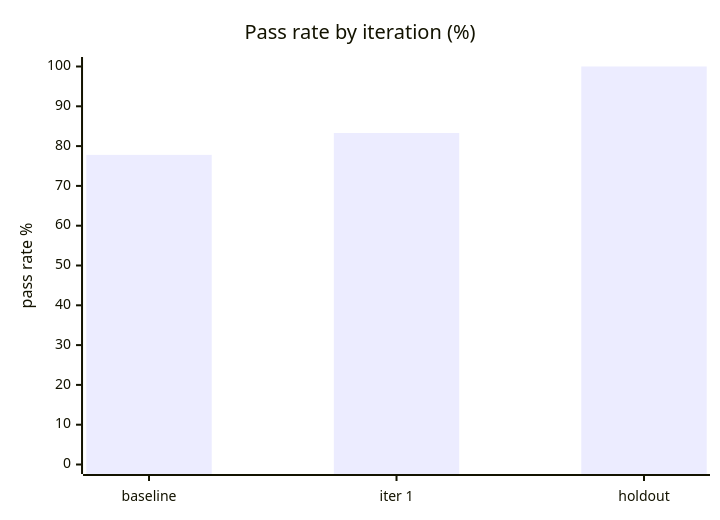
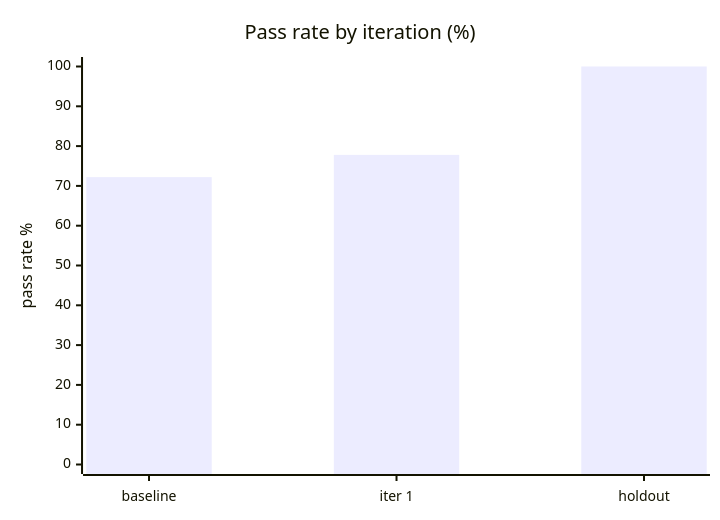
Before and after one commit to AyushSingh2024/ForgeAI: the diagram in backend/demos/ship_spares/run/REPORT.md, drawn with Mermaid. The commit also changed other lines of this file and 76 other files, not shown here.

````diff
--- a/backend/demos/ship_spares/run/REPORT.md
+++ b/backend/demos/ship_spares/run/REPORT.md
@@ -63,7 +63,7 @@
 ```mermaid
 xychart-beta
     title "Pass rate by iteration (%)"
     x-axis ["baseline", "iter 1", "holdout"]
     y-axis "pass rate %" 0 --> 100
-    bar [77.8, 83.3, 100.0]
+    bar [72.2, 77.8, 100.0]
 ```
````
